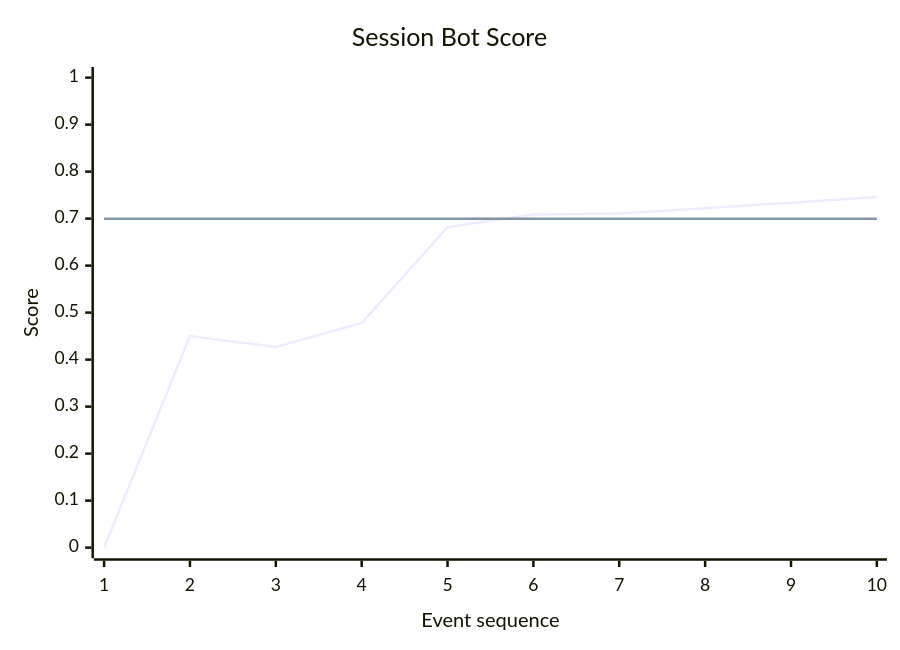
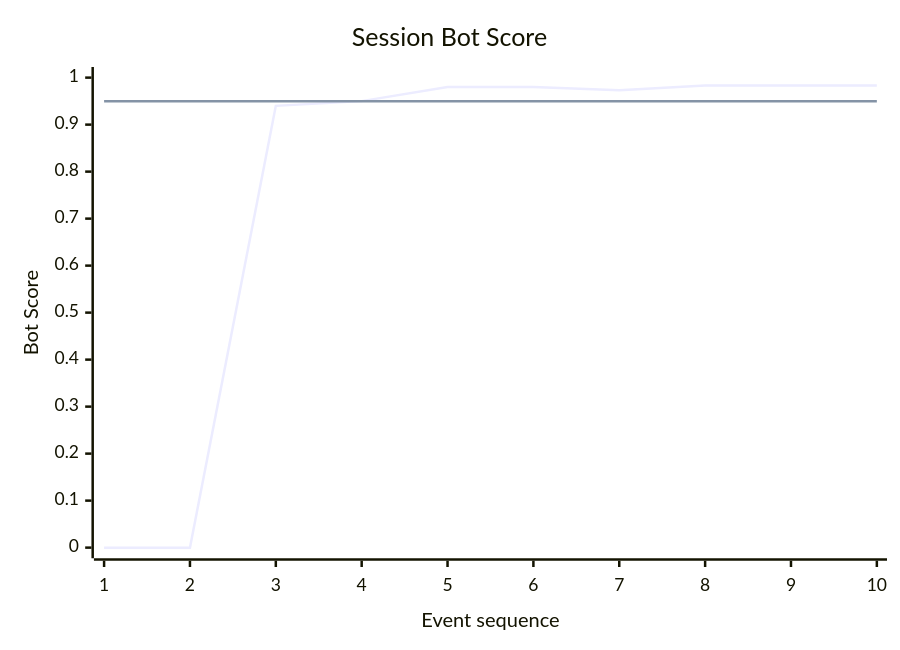
Before and after one commit to Rez99/data-engineering-portfolio: the fourth of 4 diagrams in project-3-streaming-bot-detection/README.md, drawn with Mermaid. The commit also changed other lines of this file and 23 other files, not shown here.

````diff
--- a/project-3-streaming-bot-detection/README.md
+++ b/project-3-streaming-bot-detection/README.md
@@ -230,8 +212,8 @@
 ```mermaid
 xychart-beta
     title "Session Bot Score"
-    x-axis "Event sequence" [1, 2, 3, 4, 5, 6, 7, 8, 9, 10]
-    y-axis "Score" 0 --> 1
-    line [0.00, 0.45, 0.427, 0.478, 0.682, 0.709, 0.711, 0.722, 0.734, 0.746]
-    line [0.7, 0.7, 0.7, 0.7, 0.7, 0.7, 0.7, 0.7, 0.7, 0.7]
+    x-axis "Event sequence" [1,2,3,4,5,6,7,8,9,10]
+    y-axis "Bot Score" 0 --> 1
+    line [0.0,0.0,0.94,0.95,0.98,0.98,0.9733333333333334,0.9833333333333333,0.9833333333333333,0.9833333333333333]
+    line [0.95,0.95,0.95,0.95,0.95,0.95,0.95,0.95,0.95,0.95]
 ```
````
